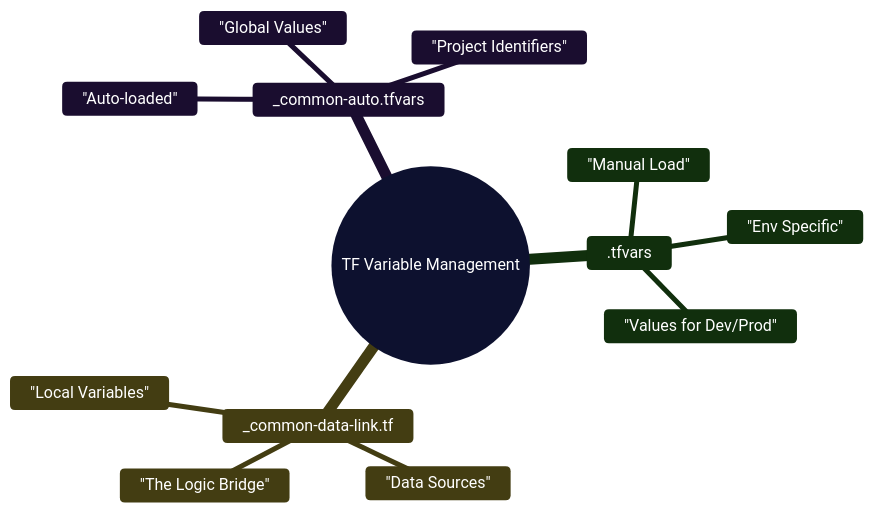
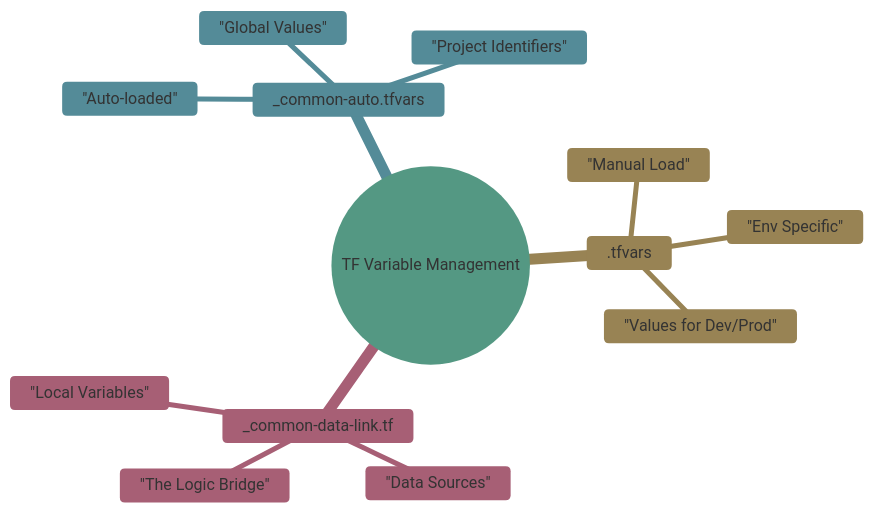
One commit to arira-ai/ar_terraform changed the first of 2 diagrams in 07-Hands-On/01-basics/03-With-tfVars/guide.md. Above: the diagram before and after it, drawn with Mermaid.

Commit message:
Change Mermaid diagram theme in guide.md
Updated the Mermaid diagram theme variables for improved visibility.

````diff
--- a/07-Hands-On/01-basics/03-With-tfVars/guide.md
+++ b/07-Hands-On/01-basics/03-With-tfVars/guide.md
@@ -10,19 +10,19 @@
 ```mermaid
-%%{init: { 'theme': 'base', 'themeVariables': { 'primaryColor': '#283593', 'primaryTextColor': '#ffffff', 'nodeTextColor': '#ffffff', 'lineColor': '#5c6bc0', 'background': '#1a237e' } } }%%
+%%{init: {'theme': 'base', 'themeVariables': { 'primaryColor': '#a1cbbeff', 'primaryTextColor': '#333', 'primaryBorderColor': '#333', 'lineColor': '#aba0a0ff' }}}%%
 mindmap
   root((TF Variable Management))
     .tfvars
       "Env Specific"
       "Manual Load"
       "Values for Dev/Prod"
     
     _common-data-link.tf
       "The Logic Bridge"
       "Data Sources"
       "Local Variables"
     
     _common-auto.tfvars
       "Auto-loaded"
       "Global Values"
       "Project Identifiers"
 ```
````
